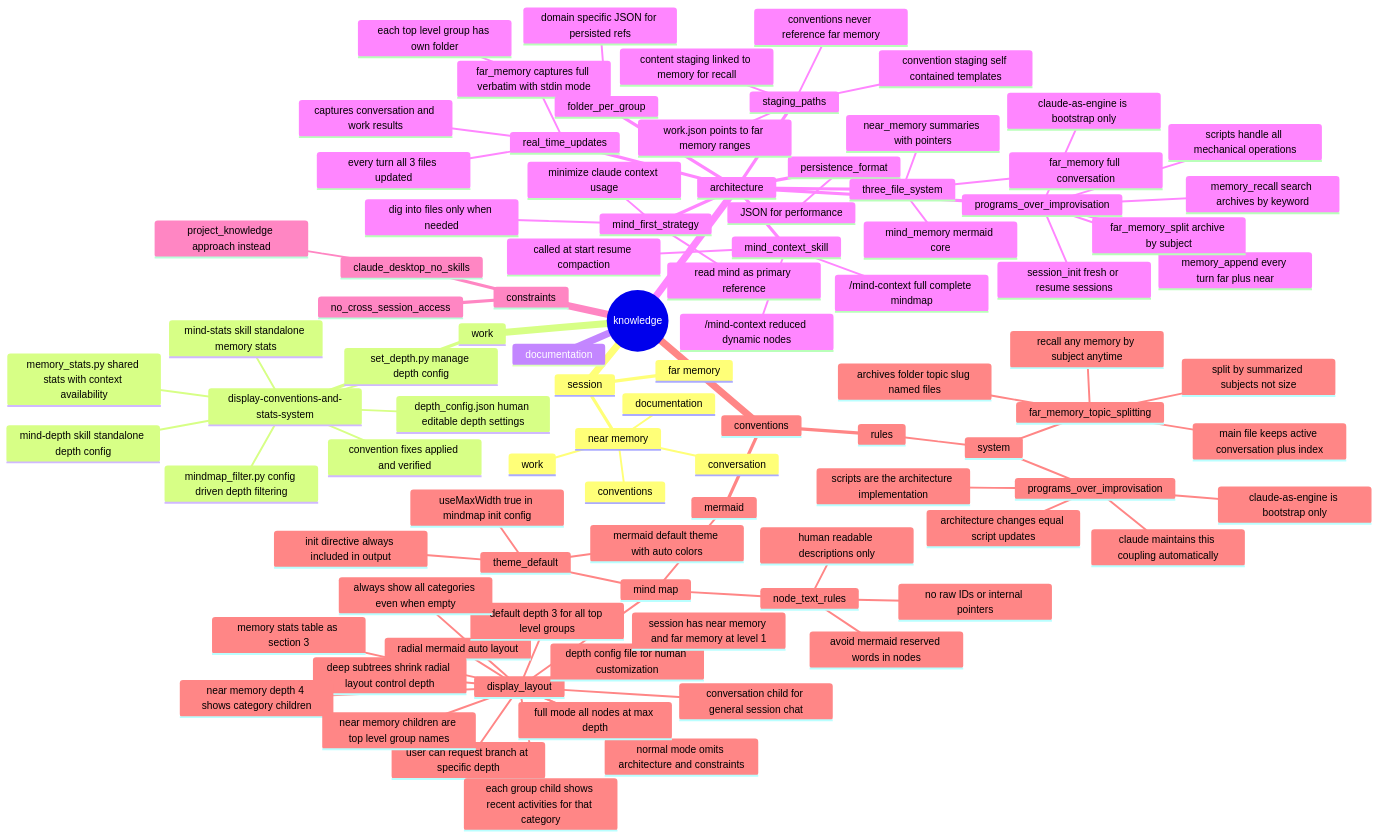
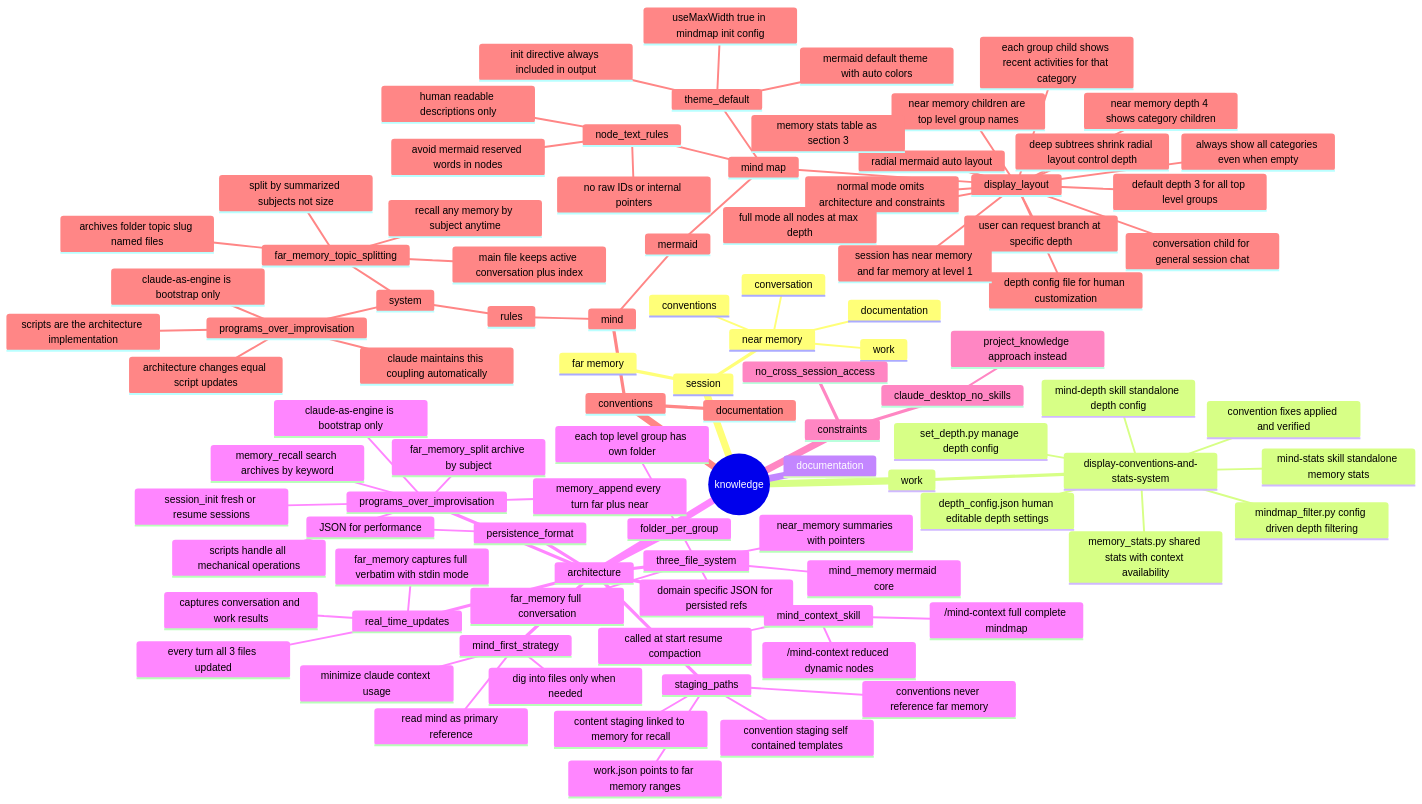
Before and after one commit to packetqc/K_DOCS: the diagram in mind/mind_memory.md, drawn with Mermaid. The commit also changed 10 other files, not shown here.

````diff
--- a/mind/mind_memory.md
+++ b/mind/mind_memory.md
@@ -58,41 +58,43 @@
       claude_desktop_no_skills
         project_knowledge approach instead
     conventions
-      rules
-        system
-          programs_over_improvisation
-            claude-as-engine is bootstrap only
-            scripts are the architecture implementation
-            architecture changes equal script updates
-            claude maintains this coupling automatically
-          far_memory_topic_splitting
-            split by summarized subjects not size
-            archives folder topic slug named files
-            main file keeps active conversation plus index
-            recall any memory by subject anytime
-      mermaid
-        mind map
-          display_layout
-            radial mermaid auto layout
-            default depth 3 for all top level groups
-            normal mode omits architecture and constraints
-            deep subtrees shrink radial layout control depth
-            full mode all nodes at max depth
-            depth config file for human customization
-            user can request branch at specific depth
-            session has near memory and far memory at level 1
-            near memory depth 4 shows category children
-            near memory children are top level group names
-            each group child shows recent activities for that category
-            conversation child for general session chat
-            always show all categories even when empty
-            memory stats table as section 3
-          theme_default
-            mermaid default theme with auto colors
-            init directive always included in output
-            useMaxWidth true in mindmap init config
-          node_text_rules
-            human readable descriptions only
-            no raw IDs or internal pointers
-            avoid mermaid reserved words in nodes
+      mind
+        rules
+          system
+            programs_over_improvisation
+              claude-as-engine is bootstrap only
+              scripts are the architecture implementation
+              architecture changes equal script updates
+              claude maintains this coupling automatically
+            far_memory_topic_splitting
+              split by summarized subjects not size
+              archives folder topic slug named files
+              main file keeps active conversation plus index
+              recall any memory by subject anytime
+        mermaid
+          mind map
+            display_layout
+              radial mermaid auto layout
+              default depth 3 for all top level groups
+              normal mode omits architecture and constraints
+              deep subtrees shrink radial layout control depth
+              full mode all nodes at max depth
+              depth config file for human customization
+              user can request branch at specific depth
+              session has near memory and far memory at level 1
+              near memory depth 4 shows category children
+              near memory children are top level group names
+              each group child shows recent activities for that category
+              conversation child for general session chat
+              always show all categories even when empty
+              memory stats table as section 3
+            theme_default
+              mermaid default theme with auto colors
+              init directive always included in output
+              useMaxWidth true in mindmap init config
+            node_text_rules
+              human readable descriptions only
+              no raw IDs or internal pointers
+              avoid mermaid reserved words in nodes
+      documentation
 ```
````
